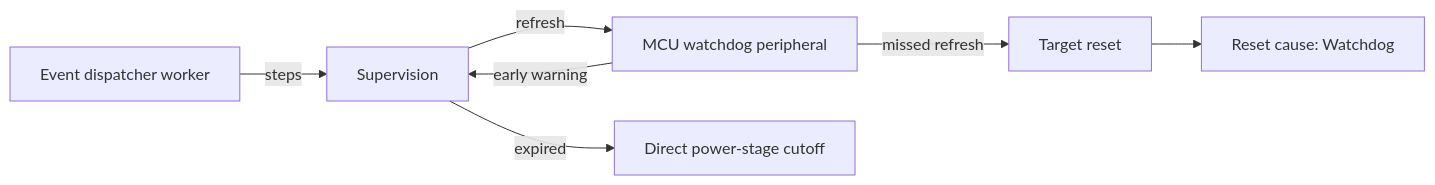
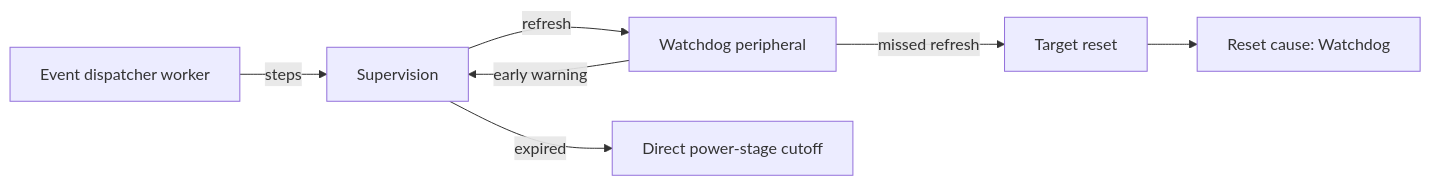
The fourth of 4 diagrams in documentation/design/watchdog.md (embedded-pro/e-foc), drawn with Mermaid before and after one commit. The commit also changed other lines of this file and 79 other files, not shown here.

````diff
--- a/documentation/design/watchdog.md
+++ b/documentation/design/watchdog.md
@@ -262,9 +253,9 @@
 ```mermaid
 graph LR
     EL[Event dispatcher worker] -->|steps| Sup[Supervision]
-    HW[MCU watchdog peripheral] -->|early warning| Sup
+    HW[Watchdog peripheral] -->|early warning| Sup
     Sup -->|refresh| HW
     Sup -->|expired| Cut[Direct power-stage cutoff]
     HW -->|missed refresh| Reset[Target reset]
     Reset --> Cause[Reset cause: Watchdog]
 ```
````
